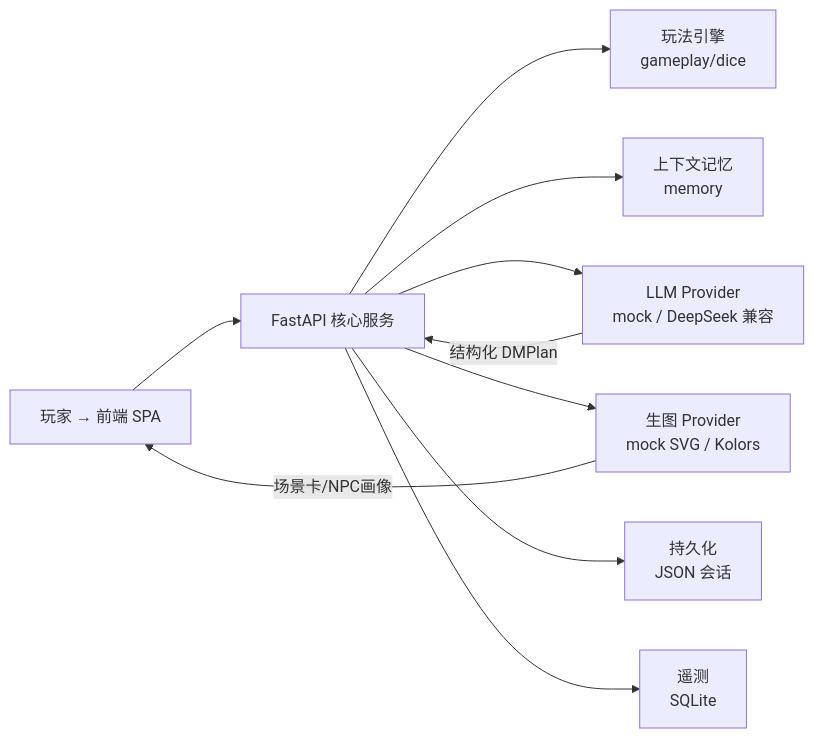
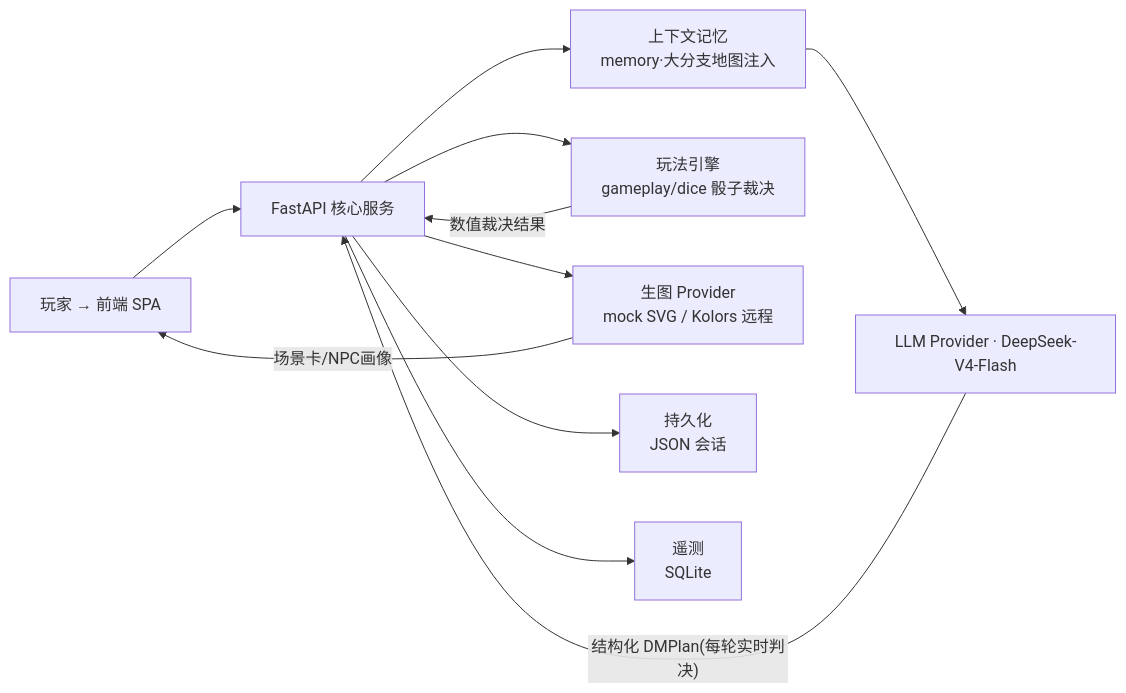
One commit to 2005hjz/ai-dm changed the first of 2 diagrams in README.md. Above: the diagram before and after it, drawn with Mermaid. The commit also changed other lines of this file and 23 other files, not shown here.

````diff
--- a/README.md
+++ b/README.md
@@ -18,12 +20,13 @@
 ```mermaid
 flowchart LR
     U[玩家 → 前端 SPA] --> R[FastAPI 核心服务]
-    R --> G[玩法引擎<br>gameplay/dice]
-    R --> M[上下文记忆<br>memory]
-    R --> L["LLM Provider<br>mock / DeepSeek 兼容"]
-    R --> I["生图 Provider<br>mock SVG / Kolors"]
+    R --> M[上下文记忆<br>memory·大分支地图注入]
+    M --> L["LLM Provider · DeepSeek-V4-Flash"]
+    L -->|"结构化 DMPlan(每轮实时判决)"| R
+    R --> G[玩法引擎<br>gameplay/dice 骰子裁决]
+    G -->|数值裁决结果| R
+    R --> I["生图 Provider<br>mock SVG / Kolors 远程"]
+    I -->|场景卡/NPC画像| U
     R --> P[持久化<br>JSON 会话]
     R --> T[遥测<br>SQLite]
-    L -->|结构化 DMPlan| R
-    I -->|场景卡/NPC画像| U
 ```
````
